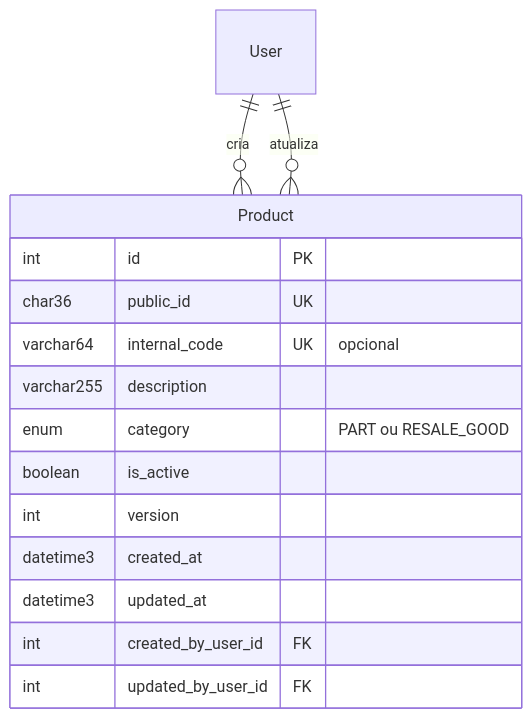
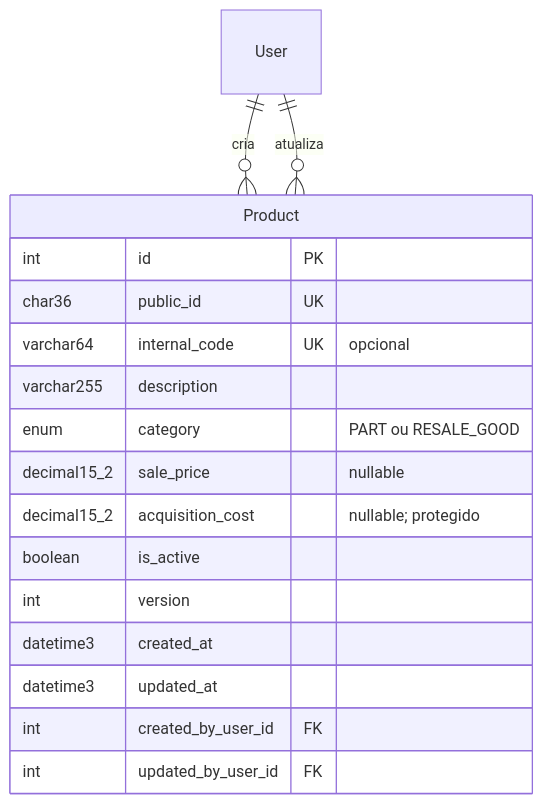
One commit to Noteduke/SistemaGestorOS changed the seventh of 7 diagrams in docs/modelagem/Diagrama-Entidades.md. Above: the diagram before and after it, drawn with Mermaid. The commit also changed other lines of this file and 21 other files, not shown here.

Commit message:
feat(products): add sale and acquisition prices

````diff
--- a/docs/modelagem/Diagrama-Entidades.md
+++ b/docs/modelagem/Diagrama-Entidades.md
@@ -377,18 +377,20 @@
 ```mermaid
 erDiagram
     User ||--o{ Product : cria
     User ||--o{ Product : atualiza
     Product {
         int id PK
         char36 public_id UK
         varchar64 internal_code UK "opcional"
         varchar255 description
         enum category "PART ou RESALE_GOOD"
+        decimal15_2 sale_price "nullable"
+        decimal15_2 acquisition_cost "nullable; protegido"
         boolean is_active
         int version
         datetime3 created_at
         datetime3 updated_at
         int created_by_user_id FK
         int updated_by_user_id FK
     }
 ```
````
